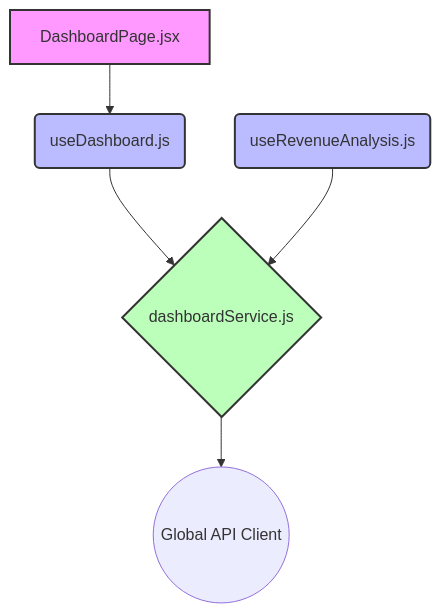
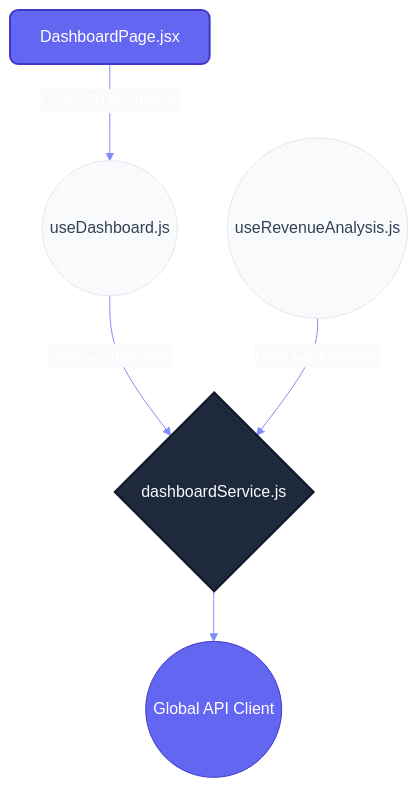
Before and after one commit to nexowebai/nexo-superadmin: the second of 2 diagrams in src/features/dashboard/README.md, drawn with Mermaid. The commit also changed other lines of this file and 16 other files, not shown here.

````diff
--- a/src/features/dashboard/README.md
+++ b/src/features/dashboard/README.md
@@ -30,15 +36,16 @@
 ```mermaid
+%%{init: {'theme': 'base', 'themeVariables': { 'primaryColor': '#6366f1', 'primaryTextColor': '#fff', 'primaryBorderColor': '#4338ca', 'lineColor': '#818cf8', 'secondaryColor': '#f8fafc', 'tertiaryColor': '#e2e8f0'}}}%%
 graph TD
-    classDef page fill:#f9f,stroke:#333,stroke-width:2px;
-    classDef hook fill:#bbf,stroke:#333,stroke-width:2px;
-    classDef service fill:#bfb,stroke:#333,stroke-width:2px;
+    classDef page fill:#6366f1,stroke:#4338ca,stroke-width:2px,color:#fff,rx:8,ry:8;
+    classDef hook fill:#f8fafc,stroke:#e2e8f0,stroke-width:1px,color:#334155,rx:20,ry:20;
+    classDef service fill:#1e293b,stroke:#0f172a,stroke-width:2px,color:#f8fafc,rx:4,ry:4;
 
     DashboardPage[DashboardPage.jsx]:::page
-    DashboardPage --> useDashboard
-    useDashboard(useDashboard.js):::hook
-    useDashboard --> dashboardService
-    useRevenueAnalysis(useRevenueAnalysis.js):::hook
-    useRevenueAnalysis --> dashboardService
+    DashboardPage --"Logic Orchestration"--> useDashboard
+    useDashboard((useDashboard.js)):::hook
+    useDashboard --"Data Connectivity"--> dashboardService
+    useRevenueAnalysis((useRevenueAnalysis.js)):::hook
+    useRevenueAnalysis --"Data Connectivity"--> dashboardService
     dashboardService{dashboardService.js}:::service
-    dashboardService --> API_Client((Global API Client))
+    dashboardService --> API_CORE((Global API Client))
 ```
````
